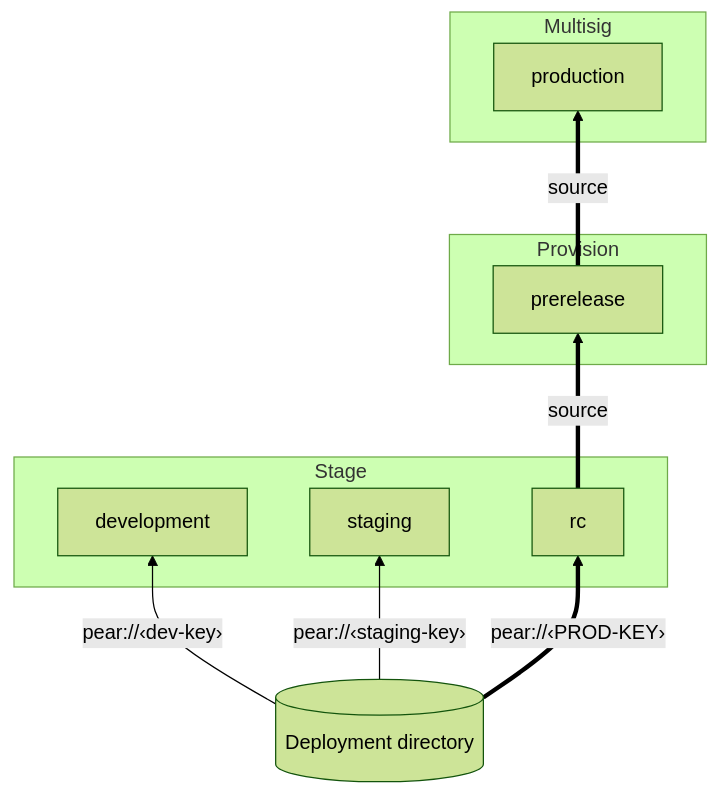
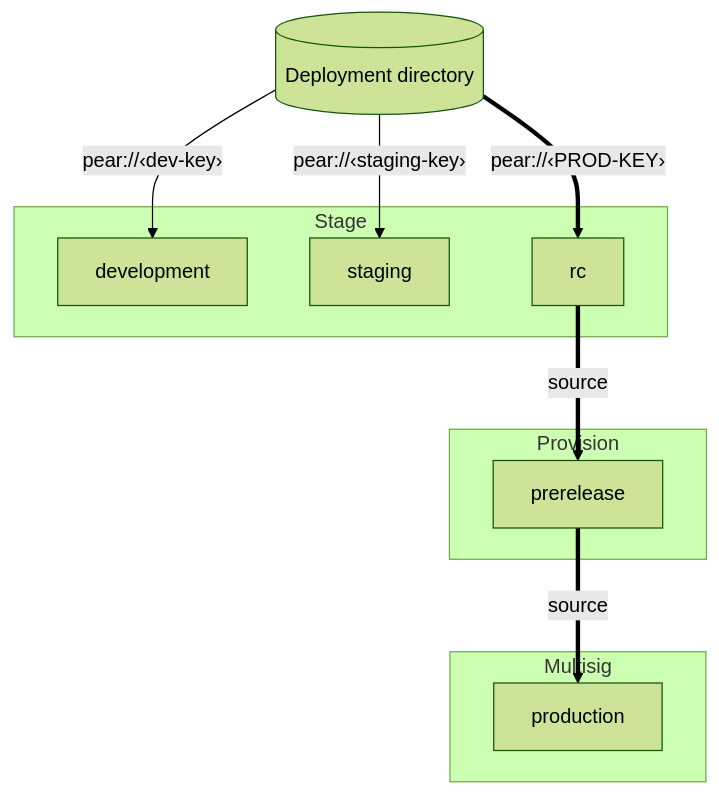
The third of 9 diagrams in content/explanation/release-pipeline.mdx (holepunchto/pear-docs), drawn with Mermaid (forest theme) before and after one commit. The commit also changed other lines of this file and 532 other files, not shown here.

````diff
--- a/content/explanation/release-pipeline.mdx
+++ b/content/explanation/release-pipeline.mdx
@@ -72,23 +82,23 @@
 ```mermaid
-graph BT
+graph TB
   DF[(Deployment directory)] -->|"pear://‹dev-key›"| Dev[development]
   DF -->|"pear://‹staging-key›"| Stg[staging]
   DF ==>|"pear://‹PROD-KEY›"| RC[rc]
 
   subgraph STAGE[Stage]
     Dev
     Stg
     RC
   end
 
   subgraph PROVISION[Provision]
     Pre[prerelease]
   end
 
   subgraph MULTISIG[Multisig]
     Prod[production]
   end
 
   RC ==>|source| Pre
   Pre ==>|source| Prod
 ```
````
